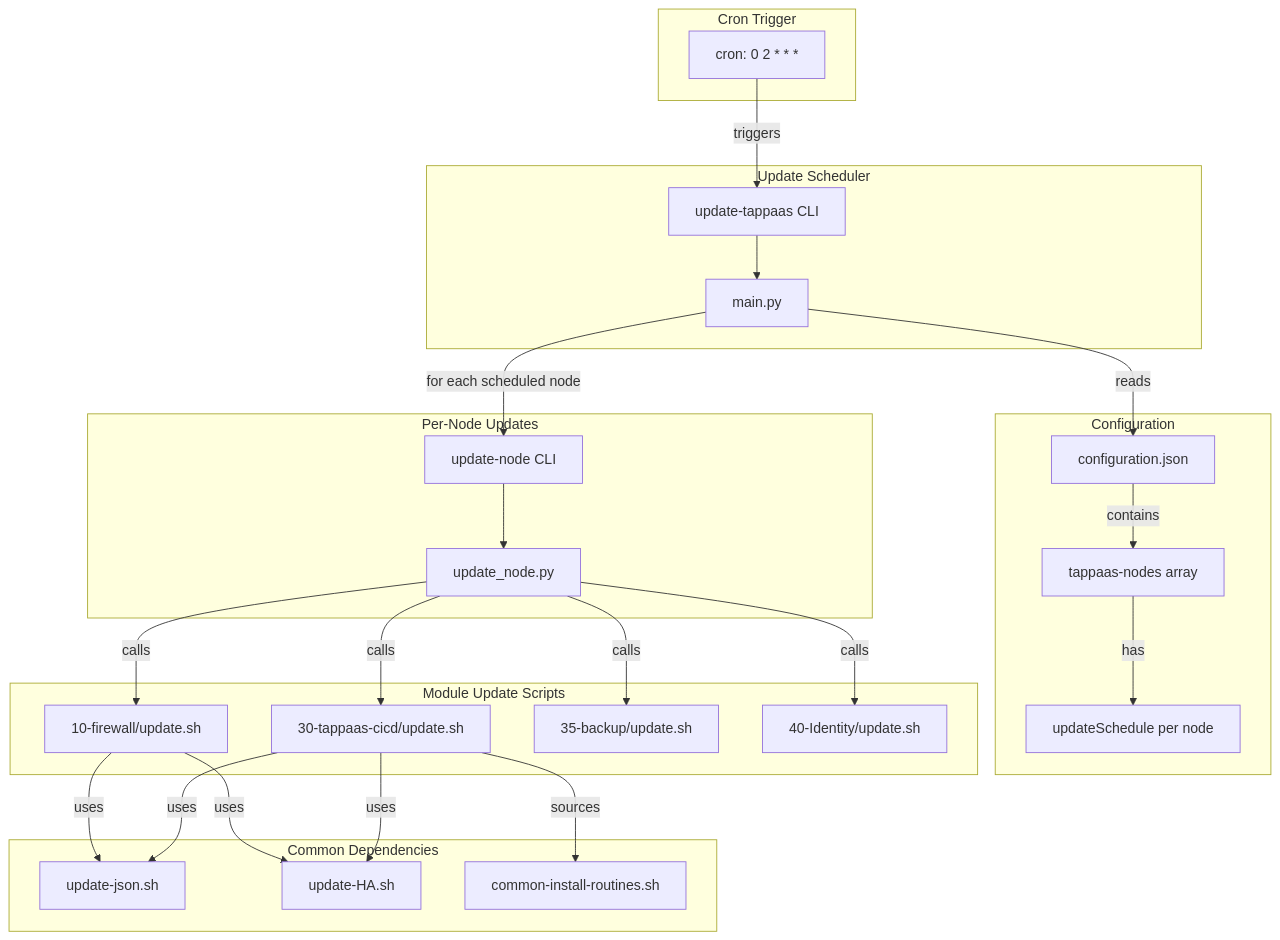
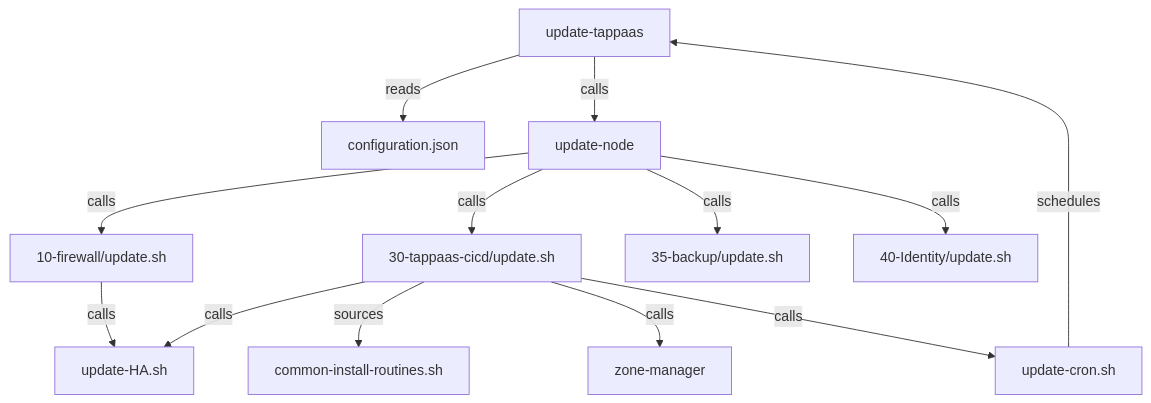
The third of 8 diagrams in src/foundation/DEPENDENCIES.md (TAPPaaS/TAPPaaS), drawn with Mermaid before and after one commit. The commit also changed other lines of this file and 50 other files, not shown here.

````diff
--- a/src/foundation/DEPENDENCIES.md
+++ b/src/foundation/DEPENDENCIES.md
@@ -195,55 +111,19 @@
 ```mermaid
 graph TD
-    subgraph "Cron Trigger"
-        A[cron: 0 2 * * *]
-    end
+    A[update-tappaas] -->|reads| B[configuration.json]
+    A -->|calls| C[update-node]
 
-    subgraph "Update Scheduler"
-        B[update-tappaas CLI]
-        C[main.py]
-    end
+    C -->|calls| D[10-firewall/update.sh]
+    C -->|calls| E[30-tappaas-cicd/update.sh]
+    C -->|calls| F[35-backup/update.sh]
+    C -->|calls| G[40-Identity/update.sh]
 
-    subgraph "Configuration"
-        D[configuration.json]
-        E[tappaas-nodes array]
-        F[updateSchedule per node]
-    end
+    D -->|calls| H[update-HA.sh]
 
-    subgraph "Per-Node Updates"
-        G[update-node CLI]
-        H[update_node.py]
-    end
+    E -->|sources| I[common-install-routines.sh]
+    E -->|calls| J[zone-manager]
+    E -->|calls| H
+    E -->|calls| K[update-cron.sh]
 
-    subgraph "Module Update Scripts"
-        I[10-firewall/update.sh]
-        J[30-tappaas-cicd/update.sh]
-        K[35-backup/update.sh]
-        L[40-Identity/update.sh]
-    end
-
-    subgraph "Common Dependencies"
-        M[update-json.sh]
-        N[update-HA.sh]
-        O[common-install-routines.sh]
-    end
-
-    A -->|triggers| B
-    B --> C
-    C -->|reads| D
-    D -->|contains| E
-    E -->|has| F
-
-    C -->|for each scheduled node| G
-    G --> H
-
-    H -->|calls| I
-    H -->|calls| J
-    H -->|calls| K
-    H -->|calls| L
-
-    I -->|uses| M
-    I -->|uses| N
-    J -->|sources| O
-    J -->|uses| M
-    J -->|uses| N
+    K -->|schedules| A
 ```
````
